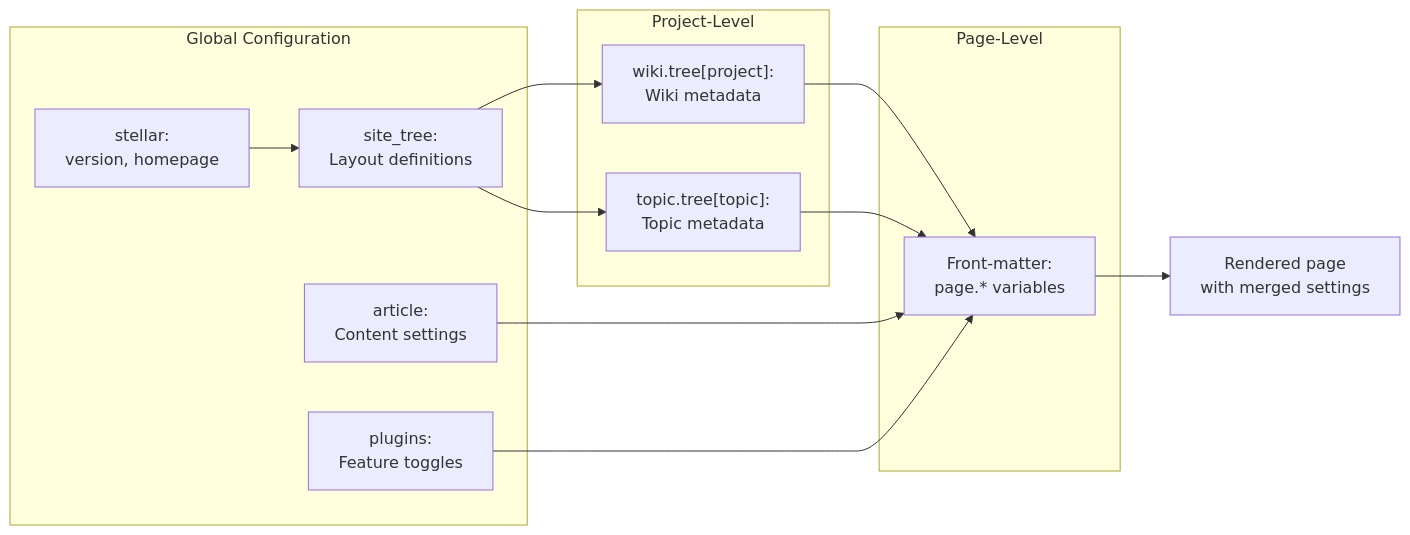
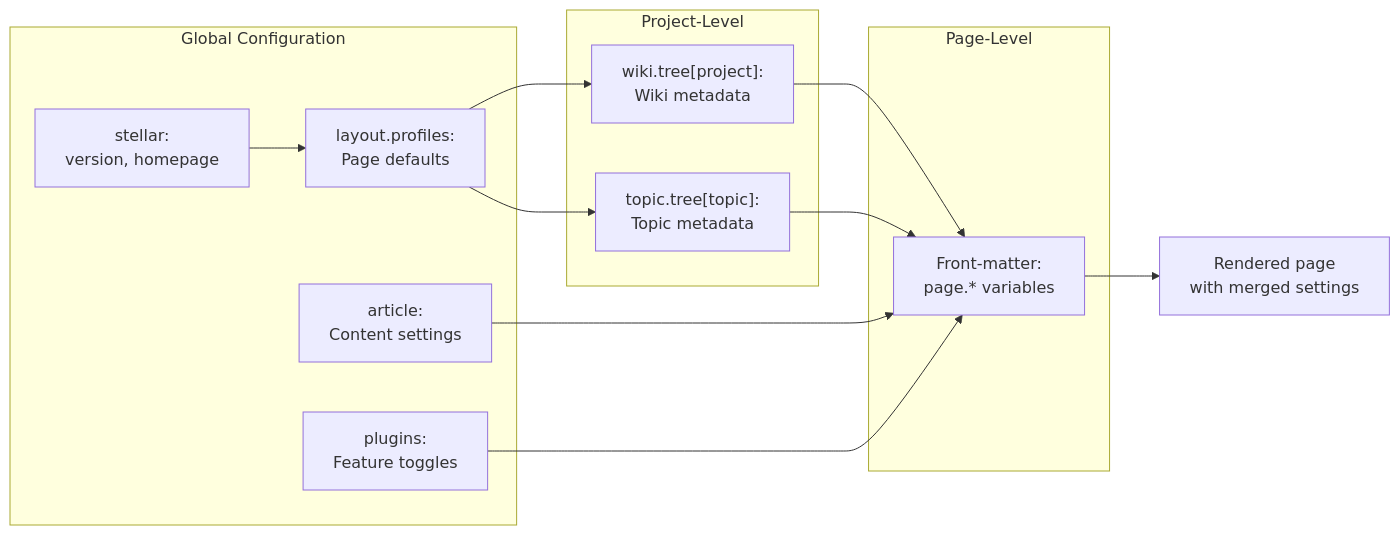
One commit to xaoxuu/hexo-theme-stellar changed the second of 5 diagrams in docs/knowledge/00-总览与安装配置/overview.md. Above: the diagram before and after it, drawn with Mermaid. The commit also changed other lines of this file and 60 other files, not shown here.

````diff
--- a/docs/knowledge/00-总览与安装配置/overview.md
+++ b/docs/knowledge/00-总览与安装配置/overview.md
@@ -92,28 +92,28 @@
 ```mermaid
 graph LR
     subgraph Global["Global Configuration"]
         STELLAR["stellar:<br/>version, homepage"]
-        SITETREE["site_tree:<br/>Layout definitions"]
+        PROFILES["layout.profiles:<br/>Page defaults"]
         ARTICLE["article:<br/>Content settings"]
         PLUGINS["plugins:<br/>Feature toggles"]
     end
     
     subgraph Project["Project-Level"]
         WIKITREE["wiki.tree[project]:<br/>Wiki metadata"]
         TOPICTREE["topic.tree[topic]:<br/>Topic metadata"]
     end
     
     subgraph Page["Page-Level"]
         FRONTMATTER["Front-matter:<br/>page.* variables"]
     end
     
-    STELLAR --> SITETREE
-    SITETREE --> WIKITREE
-    SITETREE --> TOPICTREE
+    STELLAR --> PROFILES
+    PROFILES --> WIKITREE
+    PROFILES --> TOPICTREE
     WIKITREE --> FRONTMATTER
     TOPICTREE --> FRONTMATTER
     ARTICLE --> FRONTMATTER
     PLUGINS --> FRONTMATTER
     
     FRONTMATTER --> OUTPUT["Rendered page<br/>with merged settings"]
 ```
````
